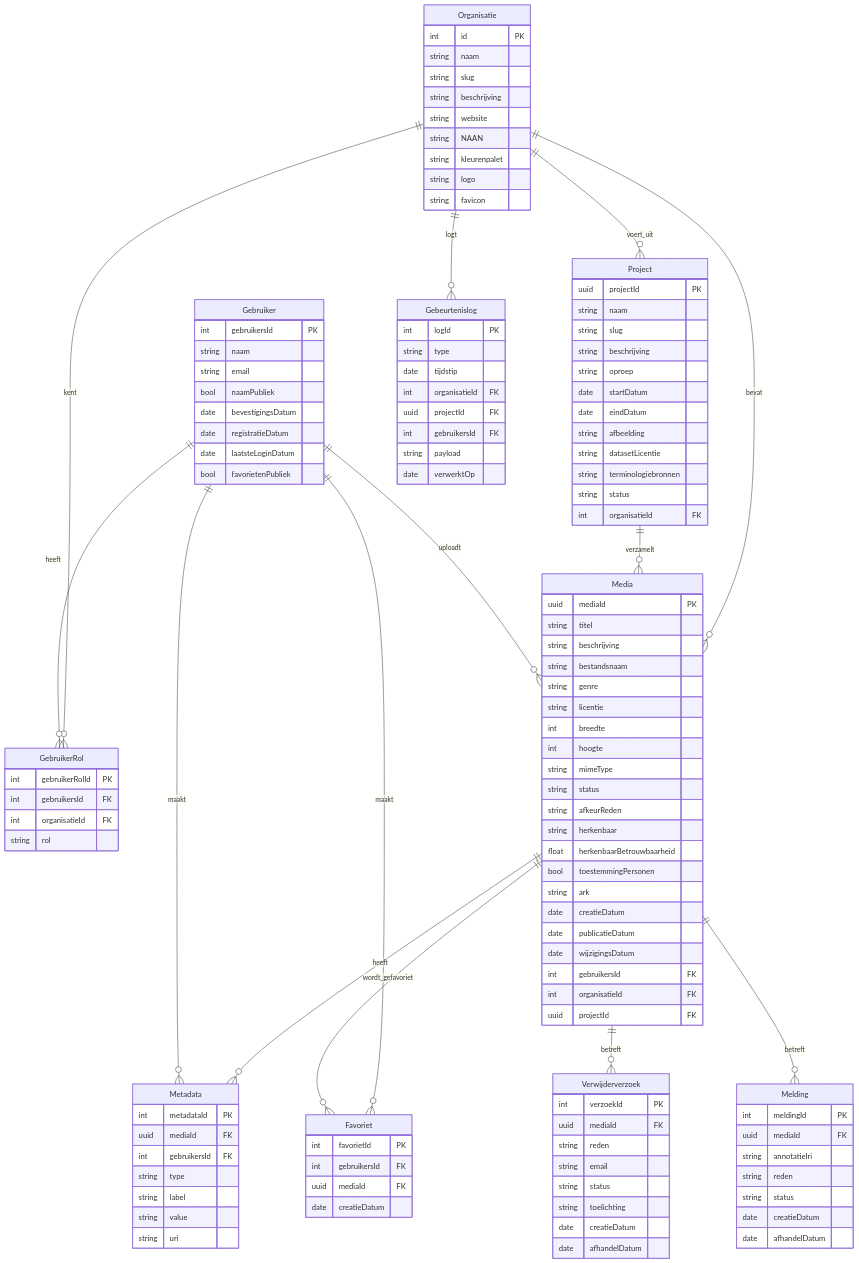
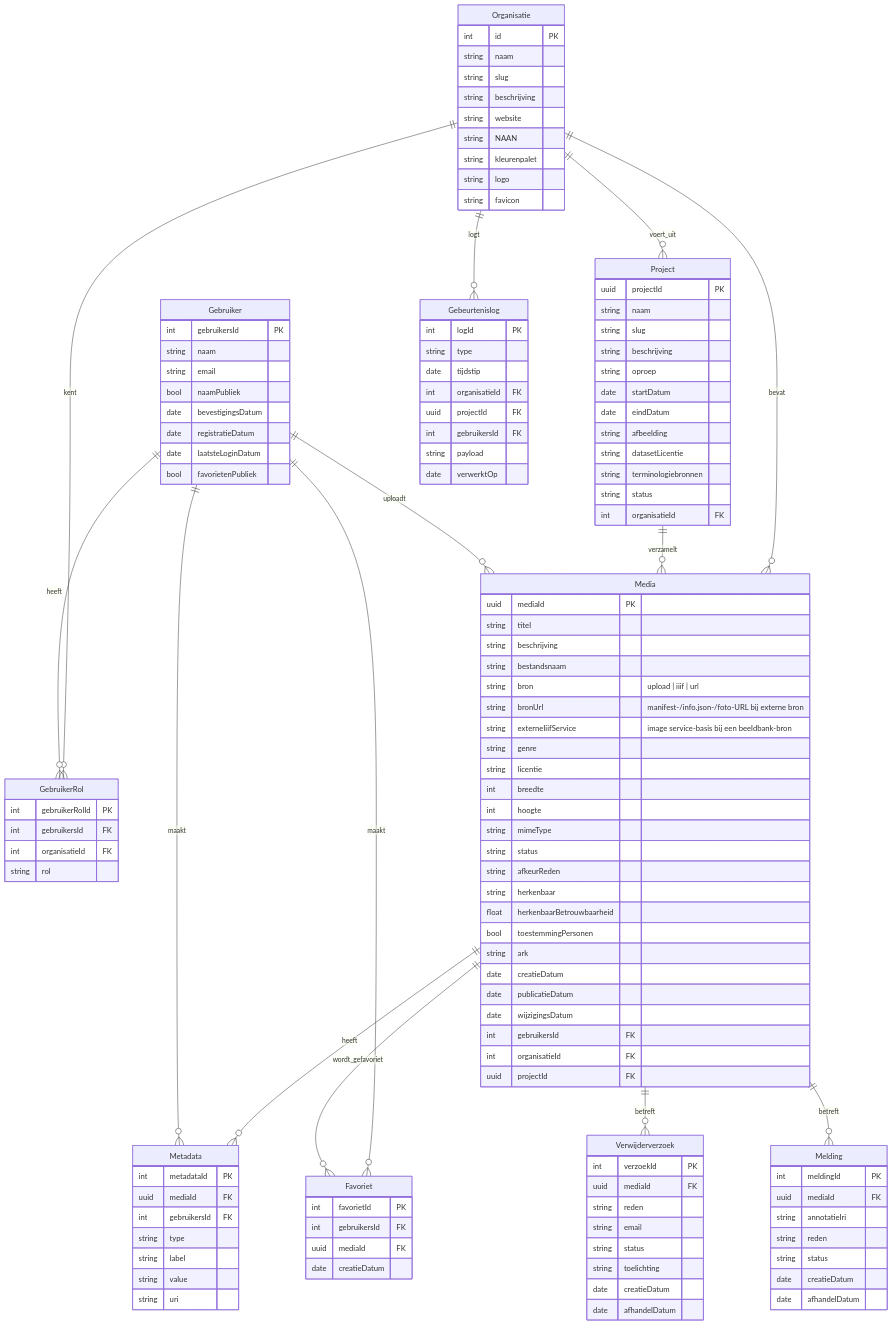
Before and after one commit to inside-out-time-machines/design: the diagram in data-architectuur/erd.mermaid.md, drawn with Mermaid. The commit also changed 2 other files, not shown here.

Commit message:
Externe fotobronnen: beeldbank-permalink (IIIF) en foto-URL naast upload en camera

```diff
--- a/data-architectuur/erd.mermaid.md
+++ b/data-architectuur/erd.mermaid.md
@@ -53,6 +53,9 @@
     string titel
     string beschrijving
     string bestandsnaam
+    string bron "upload | iiif | url"
+    string bronUrl "manifest-/info.json-/foto-URL bij externe bron"
+    string externeIiifService "image service-basis bij een beeldbank-bron"
     string genre
     string licentie
     int breedte
```
